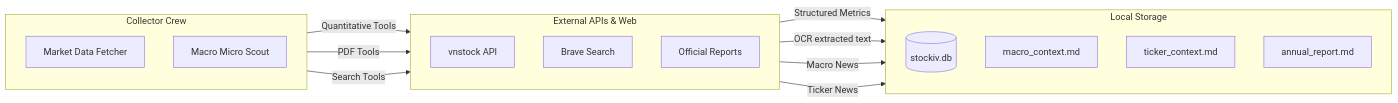
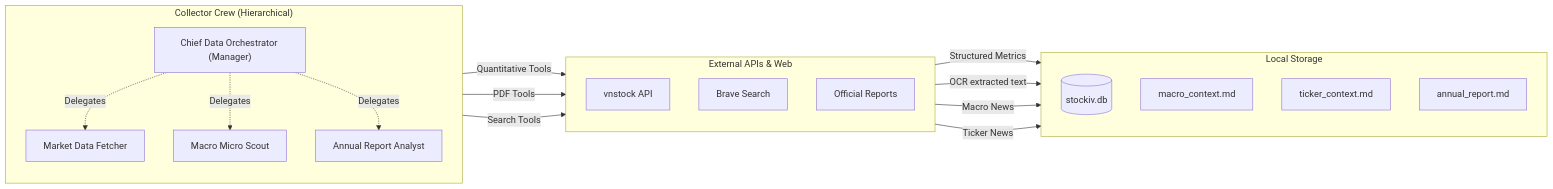
One commit to tranbinhluat/stockiv-skill changed the first of 2 diagrams in src/stockiv/crews/collector/README.md. Above: the diagram before and after it, drawn with Mermaid. The commit also changed other lines of this file and 34 other files, not shown here.

First line of the commit message:
feat(flows): implement WeeklyReportFlow and refactor orchestration

````diff
--- a/src/stockiv/crews/collector/README.md
+++ b/src/stockiv/crews/collector/README.md
@@ -9,37 +9,43 @@
 ```mermaid
 flowchart LR
     %% Grouping Agents
-    subgraph Agents ["Collector Crew"]
+    subgraph Agents ["Collector Crew (Hierarchical)"]
         direction TB
+        MGR["Chief Data Orchestrator (Manager)"]
         MDF["Market Data Fetcher"]
         MMS["Macro Micro Scout"]
+        ARA["Annual Report Analyst"]
+
+        MGR -. "Delegates" .-> MDF
+        MGR -. "Delegates" .-> MMS
+        MGR -. "Delegates" .-> ARA
     end
 
     %% Grouping External Sources
     subgraph Sources ["External APIs & Web"]
         direction TB
         VNSTOCK["vnstock API"]
         WEB["Brave Search"]
         PDF["Official Reports"]
     end
 
     %% Grouping Local Storage
     subgraph Storage ["Local Storage"]
         direction TB
         DB[("stockiv.db")]
         MD1["macro_context.md"]
         MD2["ticker_context.md"]
         MD3["annual_report.md"]
     end
 
     %% Relationships
     MDF -- "Quantitative Tools" --> VNSTOCK
     VNSTOCK -- "Structured Metrics" --> DB
 
-    MDF -- "PDF Tools" --> PDF
+    ARA -- "PDF Tools" --> PDF
     PDF -- "OCR extracted text" --> MD3
 
     MMS -- "Search Tools" --> WEB
     WEB -- "Macro News" --> MD1
     WEB -- "Ticker News" --> MD2
 ```
````
